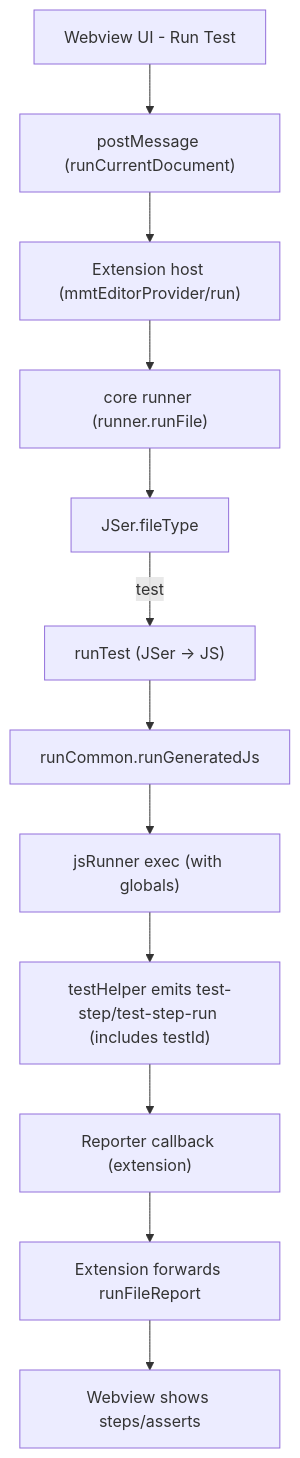
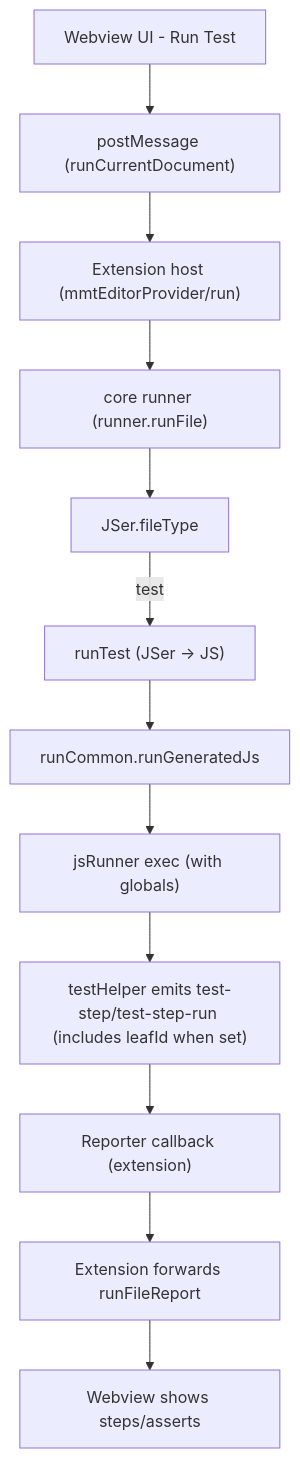
The second of 4 diagrams in AGENTS.md (mshobeyri/multimeter), drawn with Mermaid before and after one commit. The commit also changed other lines of this file, not shown here.

````diff
--- a/AGENTS.md
+++ b/AGENTS.md
@@ -112,14 +112,14 @@
 ```mermaid
 flowchart TD
   A["Webview UI - Run Test"] --> B["postMessage (runCurrentDocument)"]
   B --> C["Extension host (mmtEditorProvider/run)"]
   C --> D["core runner (runner.runFile)"]
   D --> E["JSer.fileType"]
   E -->|test| F["runTest (JSer -> JS)"]
   F --> G["runCommon.runGeneratedJs"]
   G --> H["jsRunner exec (with globals)"]
-  H --> I["testHelper emits test-step/test-step-run (includes testId)"]
+  H --> I["testHelper emits test-step/test-step-run (includes leafId when set)"]
   I --> J["Reporter callback (extension)"]
   J --> K["Extension forwards runFileReport"]
   K --> L["Webview shows steps/asserts"]
 ```
````
